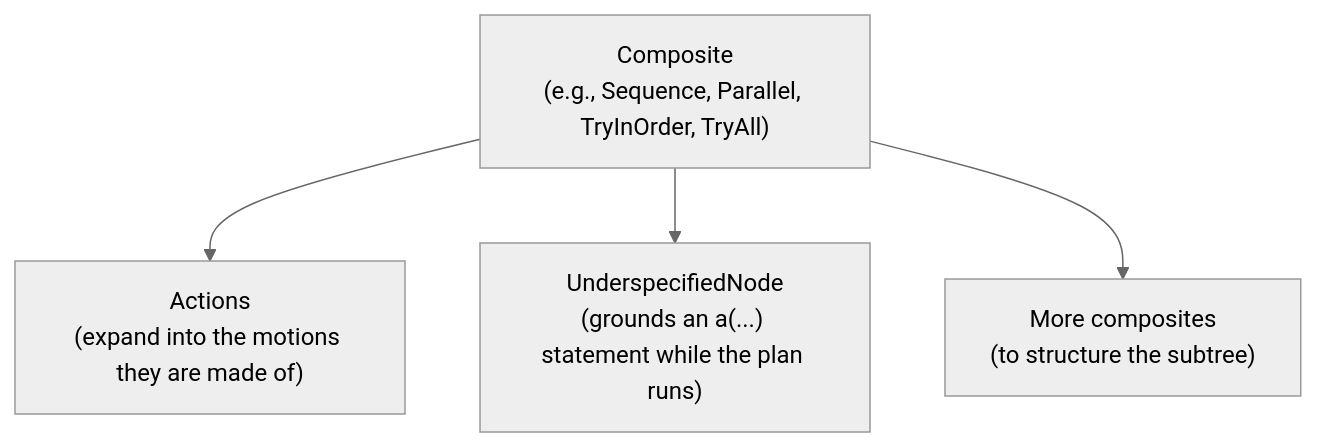
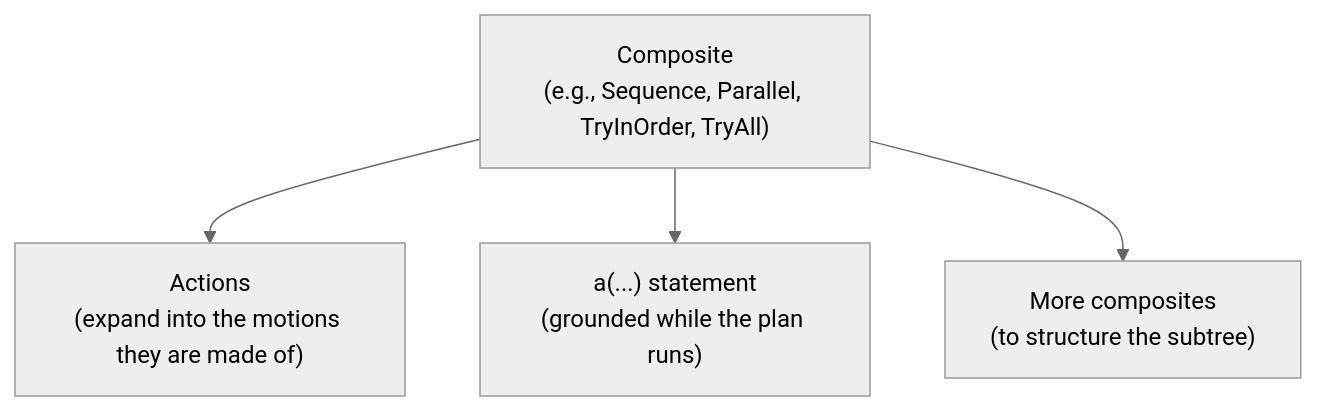
The diagram in coraplex/doc/source/plan.md (AbdelrhmanBassiouny/cognitive_robot_abstract_machine), drawn with Mermaid (neutral theme) before and after one commit. The commit also changed other lines of this file and 23 other files, not shown here.

Commit message:
Moved underspecified node to cramph and allows Match statements as input

````diff
--- a/coraplex/doc/source/plan.md
+++ b/coraplex/doc/source/plan.md
@@ -37,7 +37,7 @@
 ```mermaid
 flowchart TD
     Root["Composite<br/>(e.g., Sequence, Parallel, TryInOrder, TryAll)"]
     Root --> Action["Actions<br/>(expand into the motions they are made of)"]
-    Root --> Underspecified["UnderspecifiedNode<br/>(grounds an a(...) statement while the plan runs)"]
+    Root --> Underspecified["a(...) statement<br/>(grounded while the plan runs)"]
     Root --> More["More composites<br/>(to structure the subtree)"]
 ```
````
